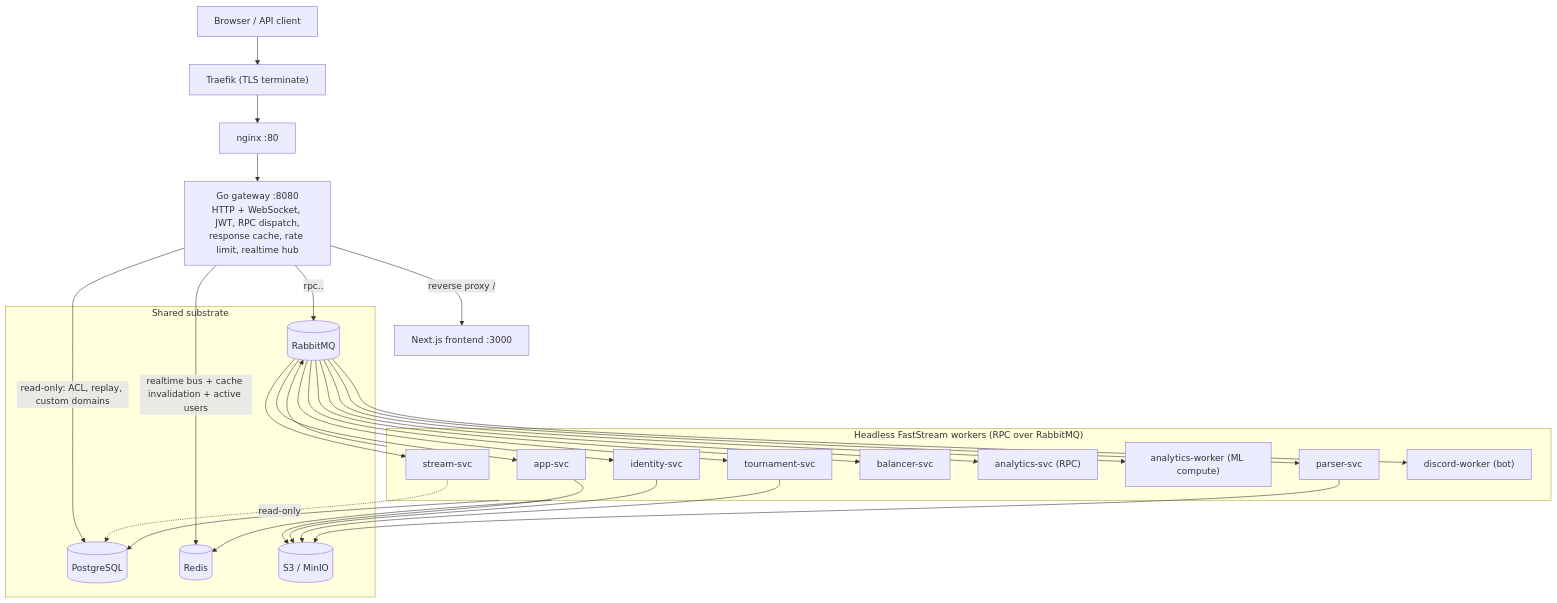
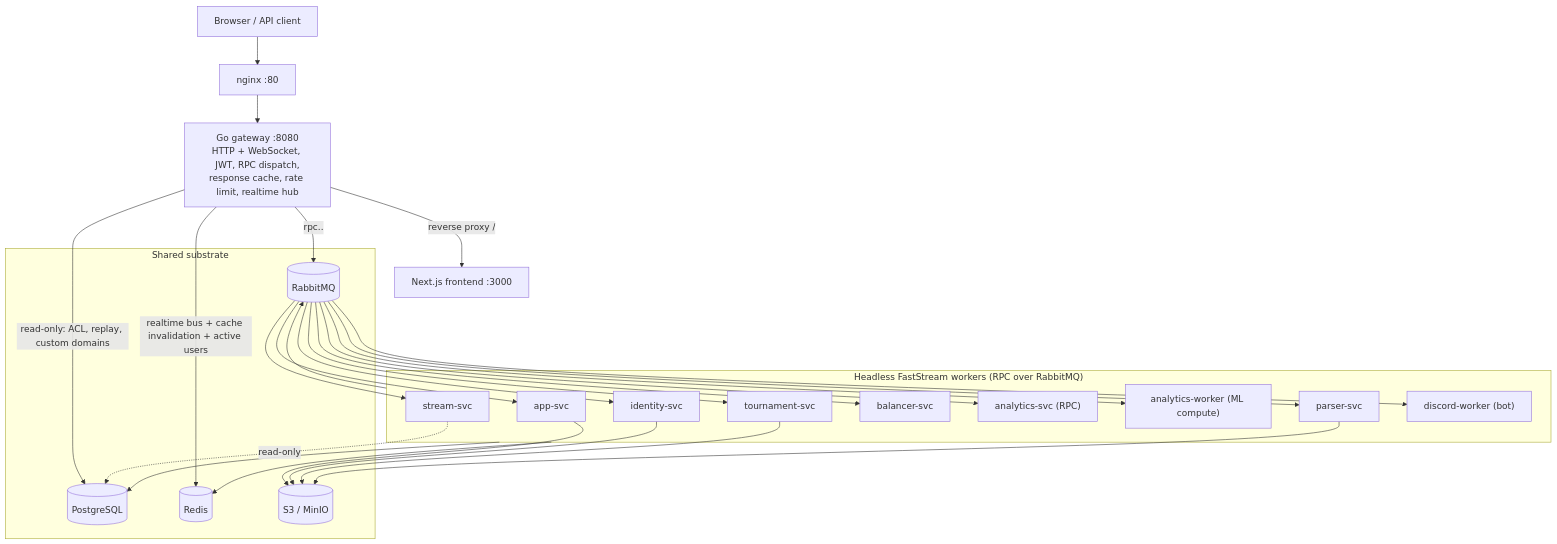
One commit to CraazzzyyFoxx/overwatch-tournaments changed the diagram in docs/architecture.md. Above: the diagram before and after it, drawn with Mermaid. The commit also changed other lines of this file and 16 other files, not shown here.

````diff
--- a/docs/architecture.md
+++ b/docs/architecture.md
@@ -27,44 +27,43 @@
 ```mermaid
 flowchart TB
     Browser["Browser / API client"]
-    Traefik["Traefik (TLS terminate)"]
     Nginx["nginx :80"]
     GW["Go gateway :8080\nHTTP + WebSocket, JWT, RPC dispatch,\nresponse cache, rate limit, realtime hub"]
     FE["Next.js frontend :3000"]
 
     subgraph Workers["Headless FastStream workers (RPC over RabbitMQ)"]
       APP["app-svc"]
       ID["identity-svc"]
       TOUR["tournament-svc"]
       PARSE["parser-svc"]
       BAL["balancer-svc"]
       ANARPC["analytics-svc (RPC)"]
       ANAW["analytics-worker (ML compute)"]
       STREAM["stream-svc"]
       DISC["discord-worker (bot)"]
     end
 
     subgraph Infra["Shared substrate"]
       PG[("PostgreSQL")]
       RD[("Redis")]
       MQ[("RabbitMQ")]
       S3[("S3 / MinIO")]
     end
 
-    Browser --> Traefik --> Nginx --> GW
+    Browser --> Nginx --> GW
     GW -- "reverse proxy /" --> FE
     GW -- "rpc.<svc>.<method>" --> MQ
     MQ --> APP & ID & TOUR & PARSE & BAL & ANARPC & STREAM
     GW -- "read-only: ACL, replay, custom domains" --> PG
     GW -- "realtime bus + cache invalidation + active users" --> RD
     Workers --> PG
     Workers --> RD
     STREAM -. "read-only" .-> PG
     Workers --> MQ
     APP --> S3
     ID --> S3
     TOUR --> S3
     PARSE --> S3
     MQ --> ANAW
     MQ --> DISC
 ```
````
